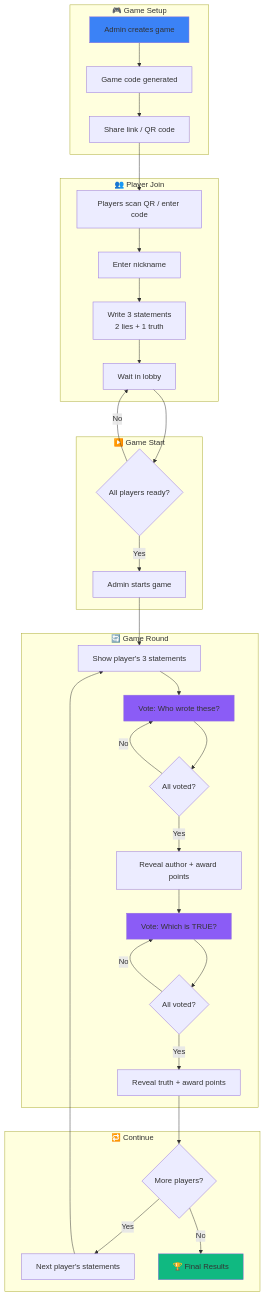
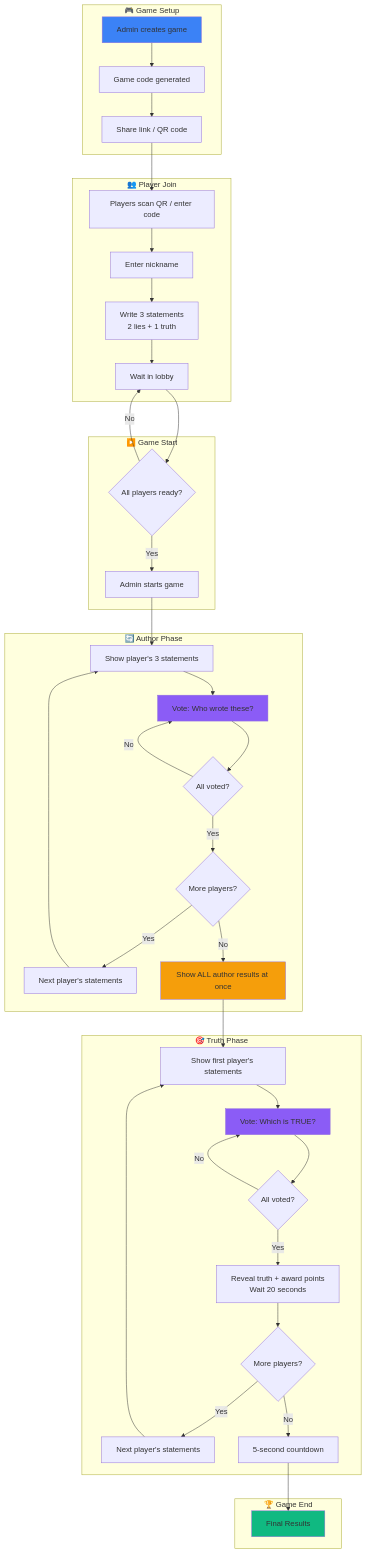
Before and after one commit to AlexisAnzieu/brizglass: the diagram in docs/ICEBREAKER.md, drawn with Mermaid. The commit also changed other lines of this file and 13 other files, not shown here.

First line of the commit message:
feat: Enhance game flow with author and truth phases

````diff
--- a/docs/ICEBREAKER.md
+++ b/docs/ICEBREAKER.md
@@ -7,44 +7,53 @@
 ```mermaid
 flowchart TD
     subgraph Setup["🎮 Game Setup"]
         A[Admin creates game] --> B[Game code generated]
         B --> C[Share link / QR code]
     end
 
     subgraph Join["👥 Player Join"]
         C --> D[Players scan QR / enter code]
         D --> E[Enter nickname]
         E --> F[Write 3 statements<br/>2 lies + 1 truth]
         F --> G[Wait in lobby]
     end
 
     subgraph Start["▶️ Game Start"]
         G --> H{All players ready?}
         H -->|No| G
         H -->|Yes| I[Admin starts game]
     end
 
-    subgraph Round["🔄 Game Round"]
+    subgraph AuthorPhase["🔄 Author Phase"]
         I --> J[Show player's 3 statements]
         J --> K[Vote: Who wrote these?]
         K --> L{All voted?}
         L -->|No| K
-        L -->|Yes| M[Reveal author + award points]
-        M --> N[Vote: Which is TRUE?]
-        N --> O{All voted?}
-        O -->|No| N
-        O -->|Yes| P[Reveal truth + award points]
+        L -->|Yes| M{More players?}
+        M -->|Yes| N[Next player's statements]
+        N --> J
+        M -->|No| O[Show ALL author results at once]
     end
 
-    subgraph Loop["🔁 Continue"]
-        P --> Q{More players?}
-        Q -->|Yes| R[Next player's statements]
-        R --> J
-        Q -->|No| S[🏆 Final Results]
+    subgraph TruthPhase["🎯 Truth Phase"]
+        O --> P[Show first player's statements]
+        P --> Q[Vote: Which is TRUE?]
+        Q --> R{All voted?}
+        R -->|No| Q
+        R -->|Yes| S[Reveal truth + award points<br/>Wait 20 seconds]
+        S --> T{More players?}
+        T -->|Yes| U[Next player's statements]
+        U --> P
+        T -->|No| V[5-second countdown]
+    end
+
+    subgraph End["🏆 Game End"]
+        V --> W[Final Results]
     end
 
     style A fill:#3b82f6
-    style S fill:#10b981
+    style W fill:#10b981
     style K fill:#8b5cf6
-    style N fill:#8b5cf6
+    style Q fill:#8b5cf6
+    style O fill:#f59e0b
 ```
````
